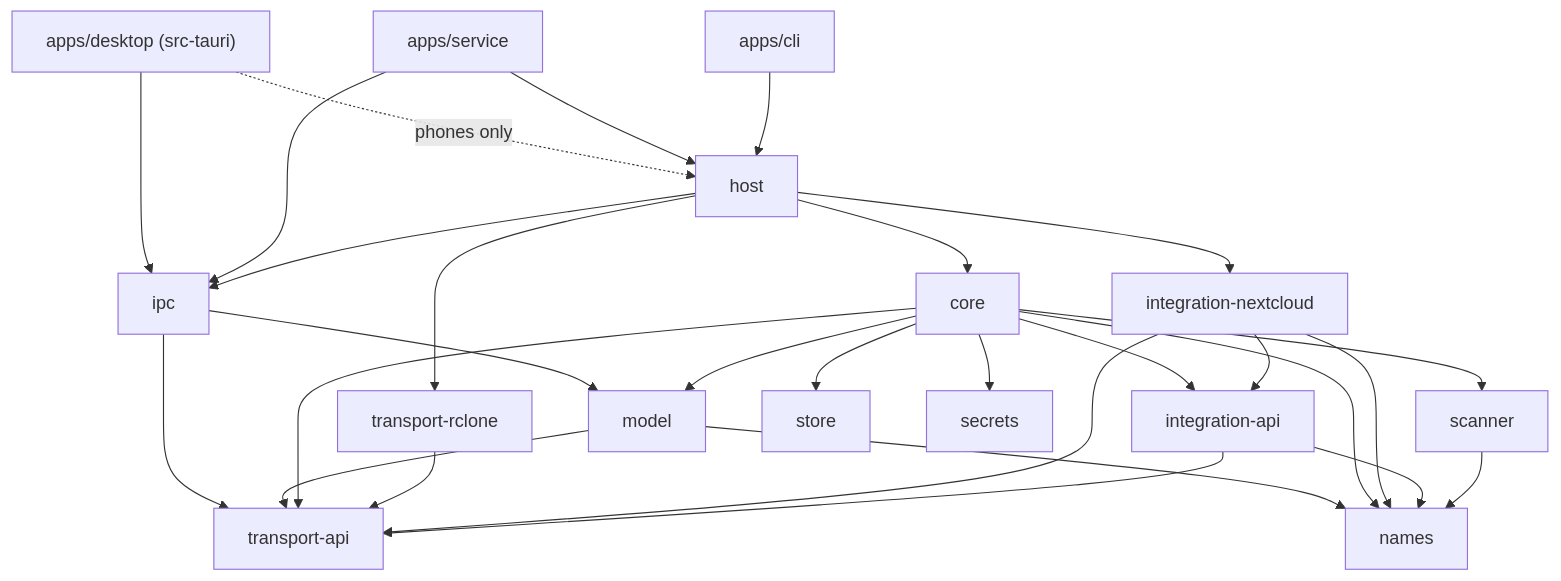
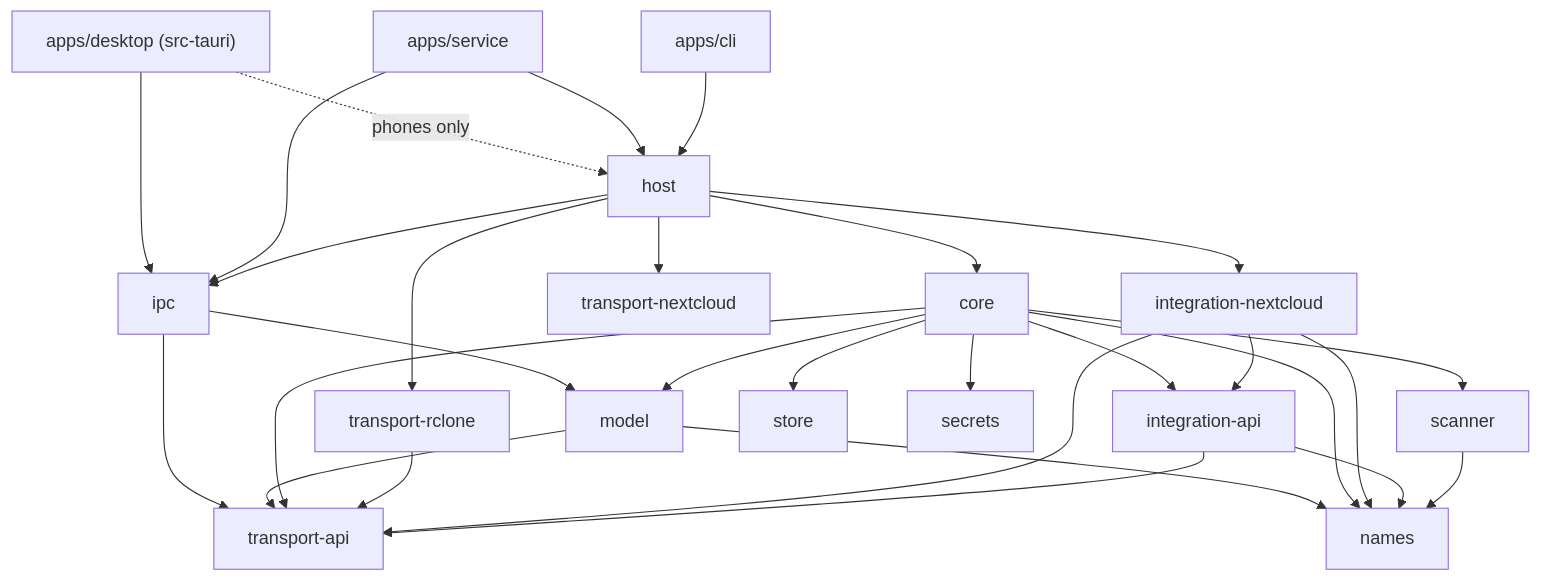
The diagram in docs/08-repository-structure.md (nevespvasco/filebridge), drawn with Mermaid before and after one commit. The commit also changed other lines of this file and 17 other files, not shown here.

````diff
--- a/docs/08-repository-structure.md
+++ b/docs/08-repository-structure.md
@@ -39,30 +40,31 @@
 ```mermaid
 flowchart TB
     desktop["apps/desktop (src-tauri)"] --> ipc
     desktop -. "phones only" .-> host
     service["apps/service"] --> ipc
     service --> host
     cli["apps/cli"] --> host
     host --> core
     host --> ipc
     host --> trc["transport-rclone"]
+    host --> tnc["transport-nextcloud"]
     host --> inc["integration-nextcloud"]
     ipc --> model
     ipc --> tapi
     core --> model
     model --> tapi
     model --> names
     core --> tapi["transport-api"]
     core --> iapi["integration-api"]
     core --> names
     core --> scanner
     core --> store
     core --> secrets
     trc --> tapi
     inc --> iapi
     inc --> tapi
     inc --> names
     iapi --> tapi
     iapi --> names
     scanner --> names
 ```
````
